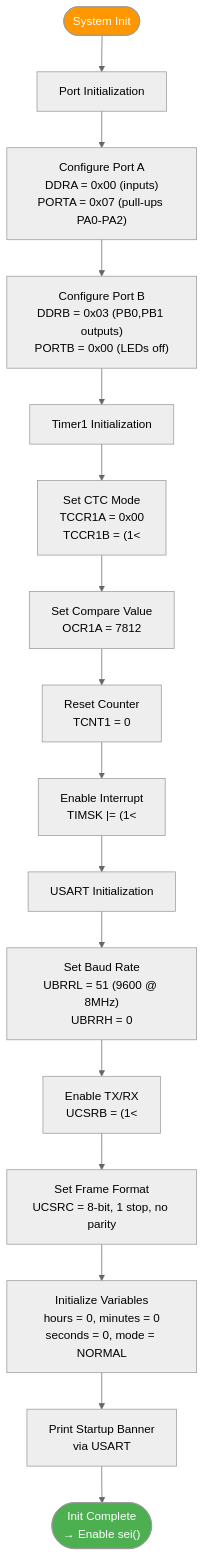
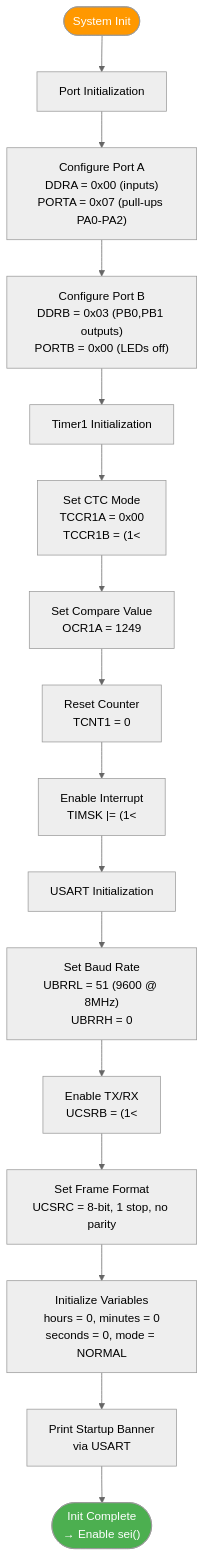
The second of 13 diagrams in documentation/flowchart.md (chikotaraufu-netizen/ATmega32_Timer_Digital_Clock_Scheduler-), drawn with Mermaid (neutral theme) before and after one commit. The commit also changed 7 other files, not shown here.

````diff
--- a/documentation/flowchart.md
+++ b/documentation/flowchart.md
@@ -80,24 +80,24 @@
 ```mermaid
 flowchart TD
     START(["System Init"]) --> PORT_INIT["Port Initialization"]
 
     PORT_INIT --> PORTA_CFG["Configure Port A<br/>DDRA = 0x00 (inputs)<br/>PORTA = 0x07 (pull-ups PA0-PA2)"]
     PORTA_CFG --> PORTB_CFG["Configure Port B<br/>DDRB = 0x03 (PB0,PB1 outputs)<br/>PORTB = 0x00 (LEDs off)"]
     PORTB_CFG --> TIMER_INIT["Timer1 Initialization"]
 
     TIMER_INIT --> T1_CTC["Set CTC Mode<br/>TCCR1A = 0x00<br/>TCCR1B = (1<<WGM12)|(1<<CS12)|(1<<CS10)"]
-    T1_CTC --> T1_OCR["Set Compare Value<br/>OCR1A = 7812"]
+    T1_CTC --> T1_OCR["Set Compare Value<br/>OCR1A = 1249"]
     T1_OCR --> T1_CNT["Reset Counter<br/>TCNT1 = 0"]
     T1_CNT --> T1_INT["Enable Interrupt<br/>TIMSK |= (1<<OCIE1A)"]
     T1_INT --> USART_INIT["USART Initialization"]
 
     USART_INIT --> U_BAUD["Set Baud Rate<br/>UBRRL = 51 (9600 @ 8MHz)<br/>UBRRH = 0"]
     U_BAUD --> U_CTRL["Enable TX/RX<br/>UCSRB = (1<<TXEN)|(1<<RXEN)"]
     U_CTRL --> U_FMT["Set Frame Format<br/>UCSRC = 8-bit, 1 stop, no parity"]
     U_FMT --> VARS_INIT["Initialize Variables<br/>hours = 0, minutes = 0<br/>seconds = 0, mode = NORMAL"]
     VARS_INIT --> BANNER["Print Startup Banner<br/>via USART"]
     BANNER --> DONE(["Init Complete<br/>→ Enable sei()"])
 
     style START fill:#ff9800,color:#fff
     style DONE fill:#4caf50,color:#fff
 ```
````
